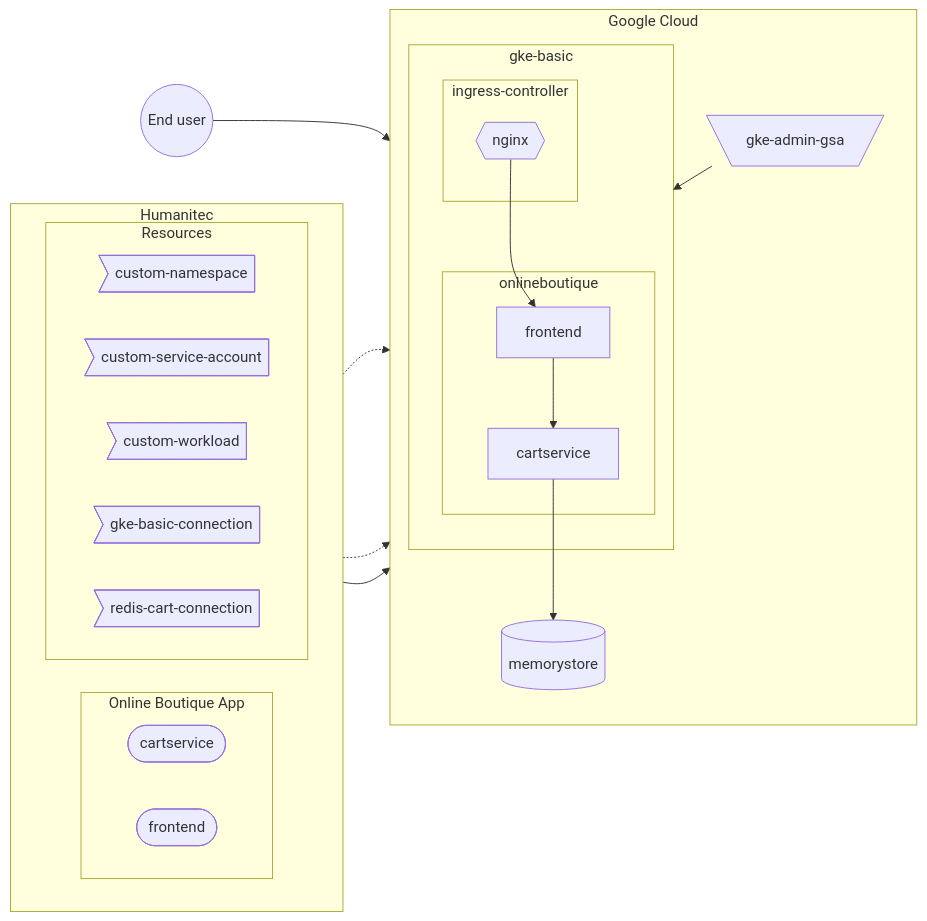
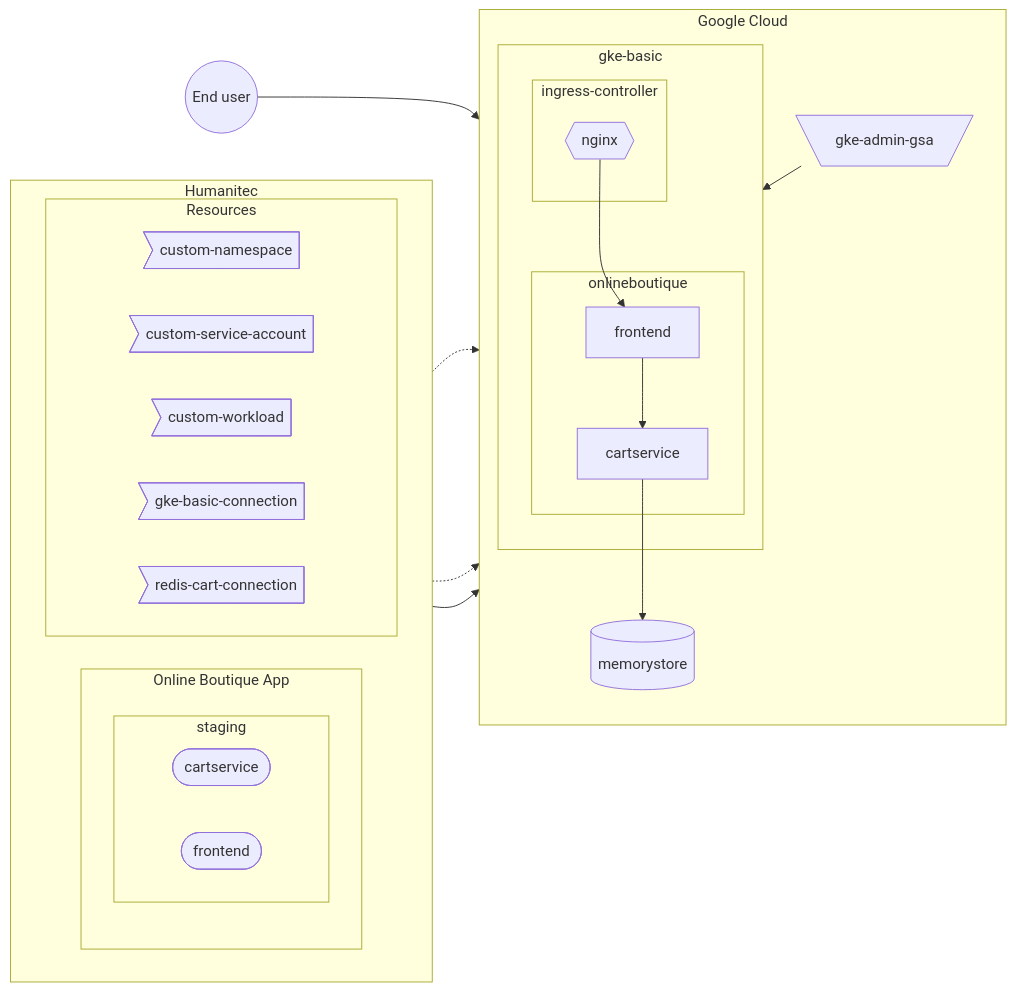
Before and after one commit to mathieu-benoit/hello-humanitec: the diagram in docs/gke-basic.md, drawn with Mermaid. The commit also changed other lines of this file and 4 other files, not shown here.

````diff
--- a/docs/gke-basic.md
+++ b/docs/gke-basic.md
@@ -15,37 +15,39 @@
 ```mermaid
 flowchart LR
   subgraph Humanitec
     direction LR
     subgraph onlineboutique-app [Online Boutique App]
-      direction LR
-      cartservice-workload([cartservice])
-      frontend-workload([frontend])
+      subgraph staging
+        direction LR
+        cartservice-workload([cartservice])
+        frontend-workload([frontend])
+      end
     end
     subgraph Resources
         custom-namespace>custom-namespace]
         custom-service-account>custom-service-account]
         custom-workload>custom-workload]
         gke-basic-connection>gke-basic-connection]
         redis-cart-connection>redis-cart-connection]
     end
   end
   subgraph Google Cloud
     direction TB
     subgraph gke-basic
         subgraph ingress-controller
             nginx{{nginx}}
         end
         subgraph onlineboutique
             frontend-->cartservice
         end
         nginx-->frontend
     end
     gke-admin-gsa[\gke-admin-gsa/]
     gke-basic-connection-.->gke-admin-gsa
     gke-admin-gsa-->gke-basic
     redis-cart-connection-.->memorystore[(memorystore)]
     onlineboutique-app-->onlineboutique
     cartservice-->memorystore
   end
   enduser((End user))-->nginx
 ```
````
